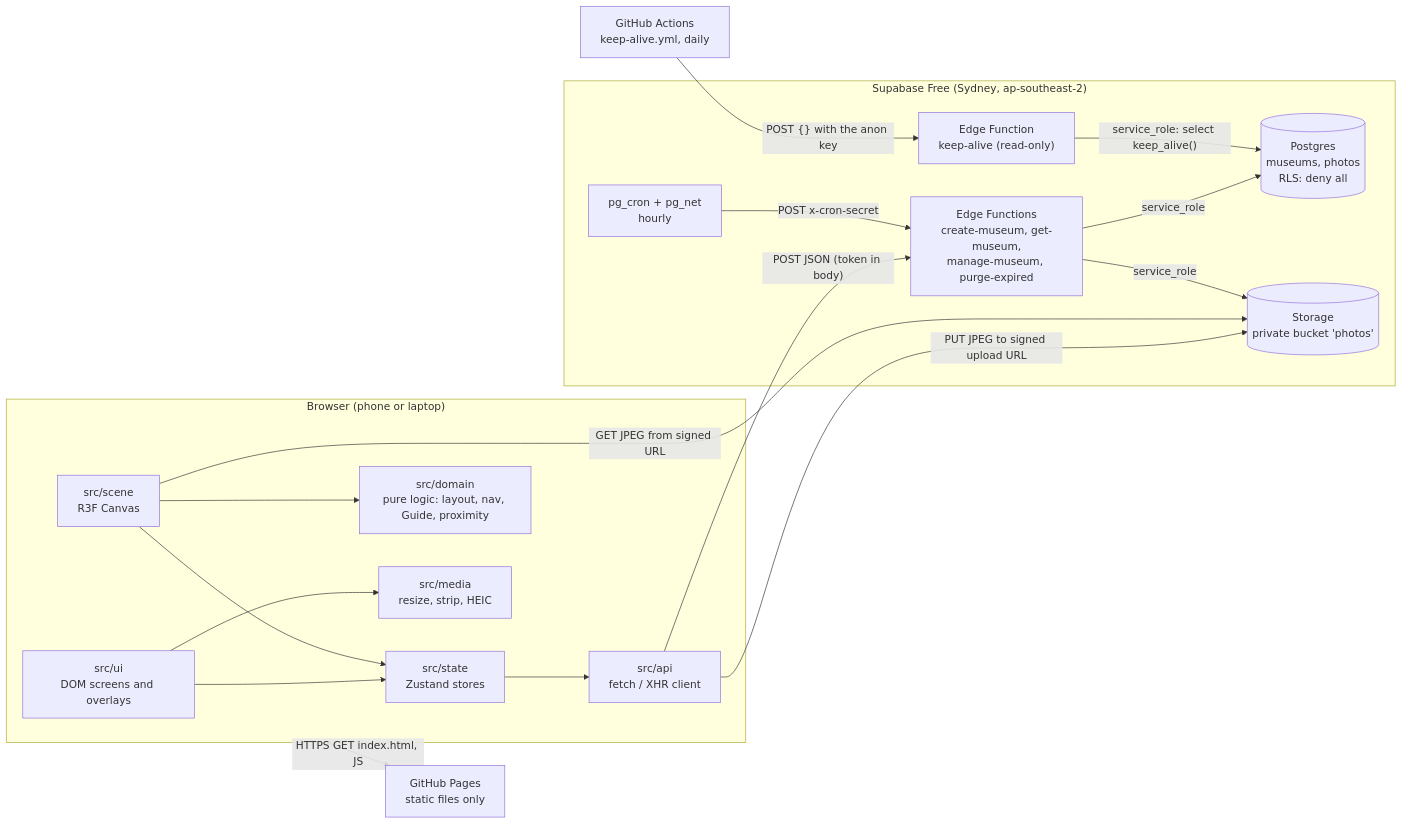
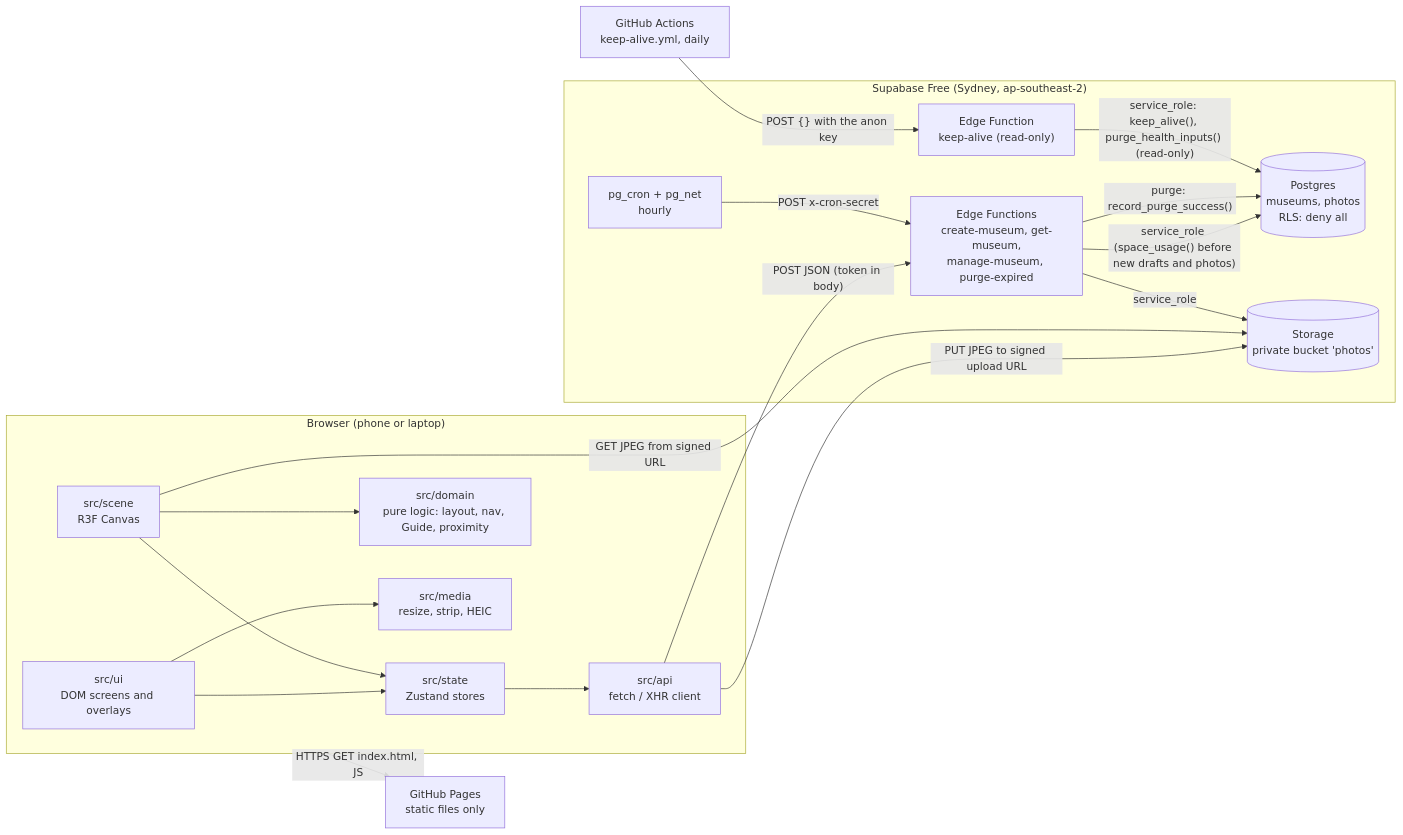
The first of 3 diagrams in docs/architecture.md (Patlu29/surprise-museum), drawn with Mermaid before and after one commit. The commit also changed other lines of this file and 6 other files, not shown here.

Commit message:
docs(design): architecture v1.7, ADR 0023 purge health, ADR 0024 space-full guard (Proposed until A2)

````diff
--- a/docs/architecture.md
+++ b/docs/architecture.md
@@ -72,36 +74,37 @@
 ```mermaid
 flowchart LR
   subgraph Browser["Browser (phone or laptop)"]
     UI["src/ui<br/>DOM screens and overlays"]
     ST["src/state<br/>Zustand stores"]
     SC["src/scene<br/>R3F Canvas"]
     DM["src/domain<br/>pure logic: layout, nav, Guide, proximity"]
     MD["src/media<br/>resize, strip, HEIC"]
     API["src/api<br/>fetch / XHR client"]
     UI --> ST
     SC --> ST
     SC --> DM
     UI --> MD
     ST --> API
   end
 
   GHP["GitHub Pages<br/>static files only"]
   GHA["GitHub Actions<br/>keep-alive.yml, daily"]
   subgraph Supabase["Supabase Free (Sydney, ap-southeast-2)"]
     EF["Edge Functions<br/>create-museum, get-museum,<br/>manage-museum, purge-expired"]
     KA["Edge Function<br/>keep-alive (read-only)"]
     PG[("Postgres<br/>museums, photos<br/>RLS: deny all")]
     SB[("Storage<br/>private bucket 'photos'")]
     CRON["pg_cron + pg_net<br/>hourly"]
   end
 
   Browser -- "HTTPS GET index.html, JS" --> GHP
   API -- "POST JSON (token in body)" --> EF
   API -- "PUT JPEG to signed upload URL" --> SB
   SC -- "GET JPEG from signed URL" --> SB
-  EF -- service_role --> PG
+  EF -- "service_role (space_usage() before new drafts and photos)" --> PG
   EF -- service_role --> SB
   CRON -- "POST x-cron-secret" --> EF
+  EF -- "purge: record_purge_success()" --> PG
   GHA -- "POST {} with the anon key" --> KA
-  KA -- "service_role: select keep_alive()" --> PG
+  KA -- "service_role: keep_alive(), purge_health_inputs() (read-only)" --> PG
 ```
````
